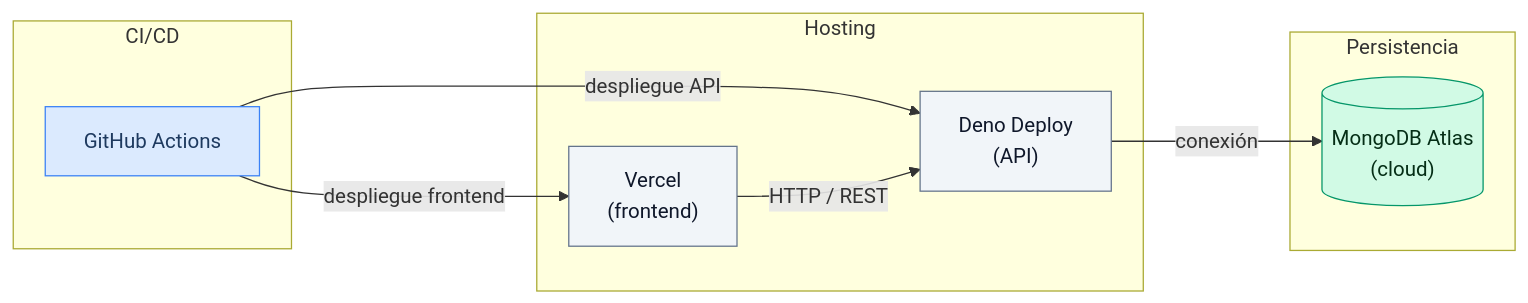
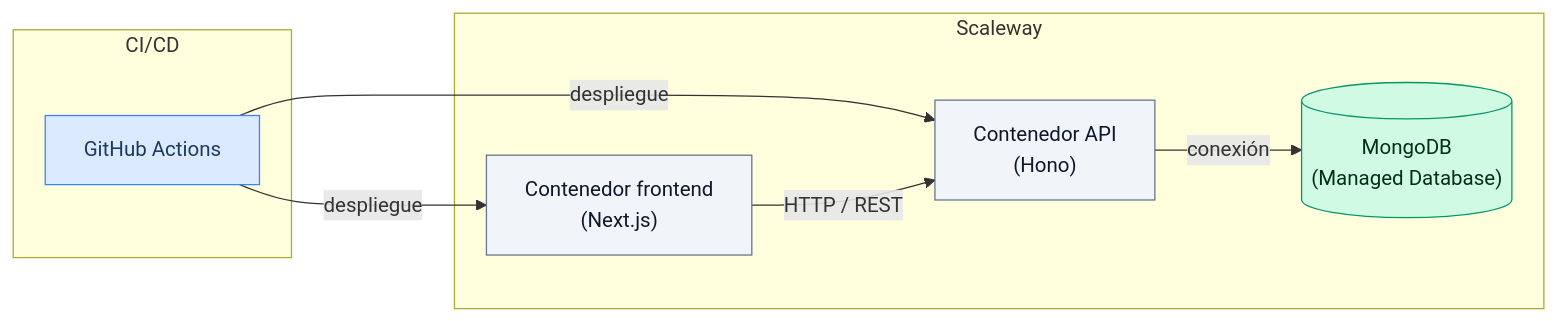
Before and after one commit to DanielRamosAcosta/viviendaencrisis: the diagram in docs/diagrams/architecture/infrastructure.mmd, drawn with Mermaid. The commit also changed 2 other files, not shown here.

Commit message:
fix(docs): update infrastructure diagram to use Scaleway for all services

```diff
--- a/docs/diagrams/architecture/infrastructure.mmd
+++ b/docs/diagrams/architecture/infrastructure.mmd
@@ -1,26 +1,23 @@
 graph LR
     subgraph ci["CI/CD"]
         gha["GitHub Actions"]
     end
 
-    subgraph hosting["Hosting"]
-        vercel["Vercel<br/>(frontend)"]
-        deno["Deno Deploy<br/>(API)"]
+    subgraph scaleway["Scaleway"]
+        frontend["Contenedor frontend<br/>(Next.js)"]
+        api["Contenedor API<br/>(Hono)"]
+        mongo[("MongoDB<br/>(Managed Database)")]
     end
 
-    subgraph persistence["Persistencia"]
-        mongo[("MongoDB Atlas<br/>(cloud)")]
-    end
-
-    gha -->|despliegue frontend| vercel
-    gha -->|despliegue API| deno
-    vercel -->|HTTP / REST| deno
-    deno -->|conexión| mongo
+    gha -->|despliegue| frontend
+    gha -->|despliegue| api
+    frontend -->|HTTP / REST| api
+    api -->|conexión| mongo
 
     classDef cicd fill:#dbeafe,stroke:#3b82f6,color:#1e3a5f
     classDef host fill:#f1f5f9,stroke:#64748b,color:#0f172a
     classDef database fill:#d1fae5,stroke:#059669,color:#052e16
 
     class gha cicd
-    class vercel,deno host
+    class frontend,api host
     class mongo database
```
